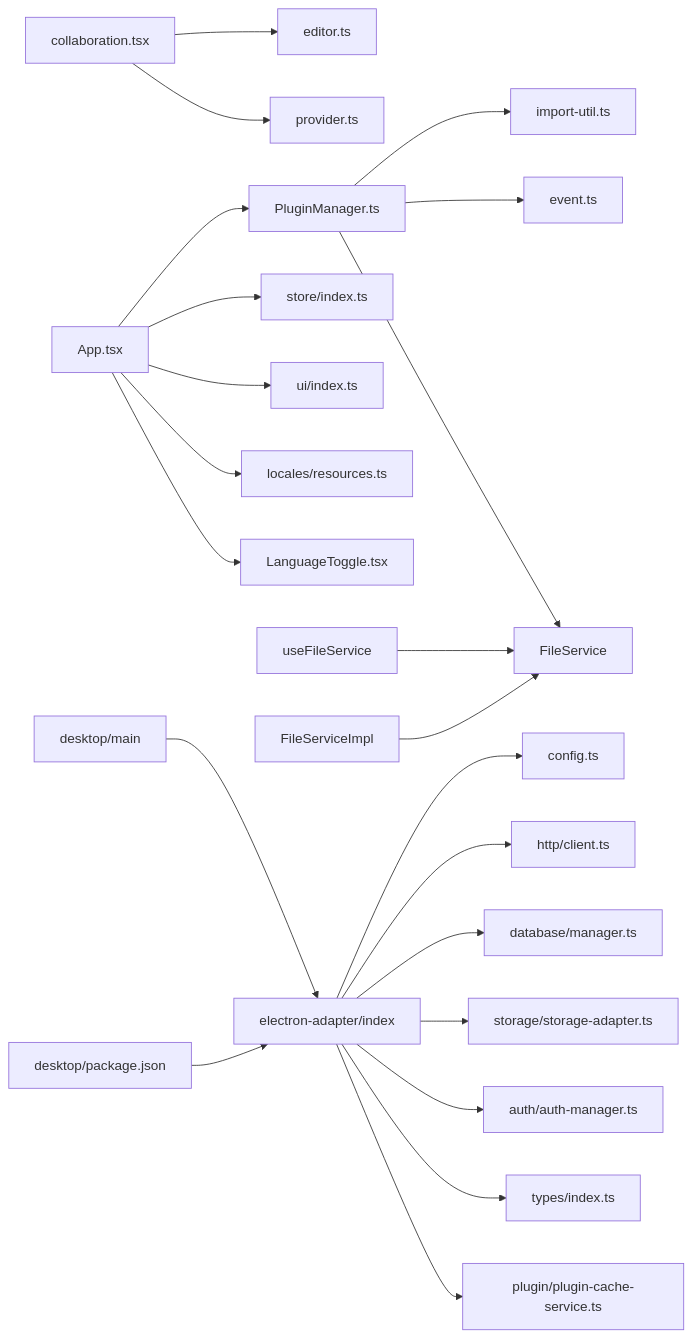
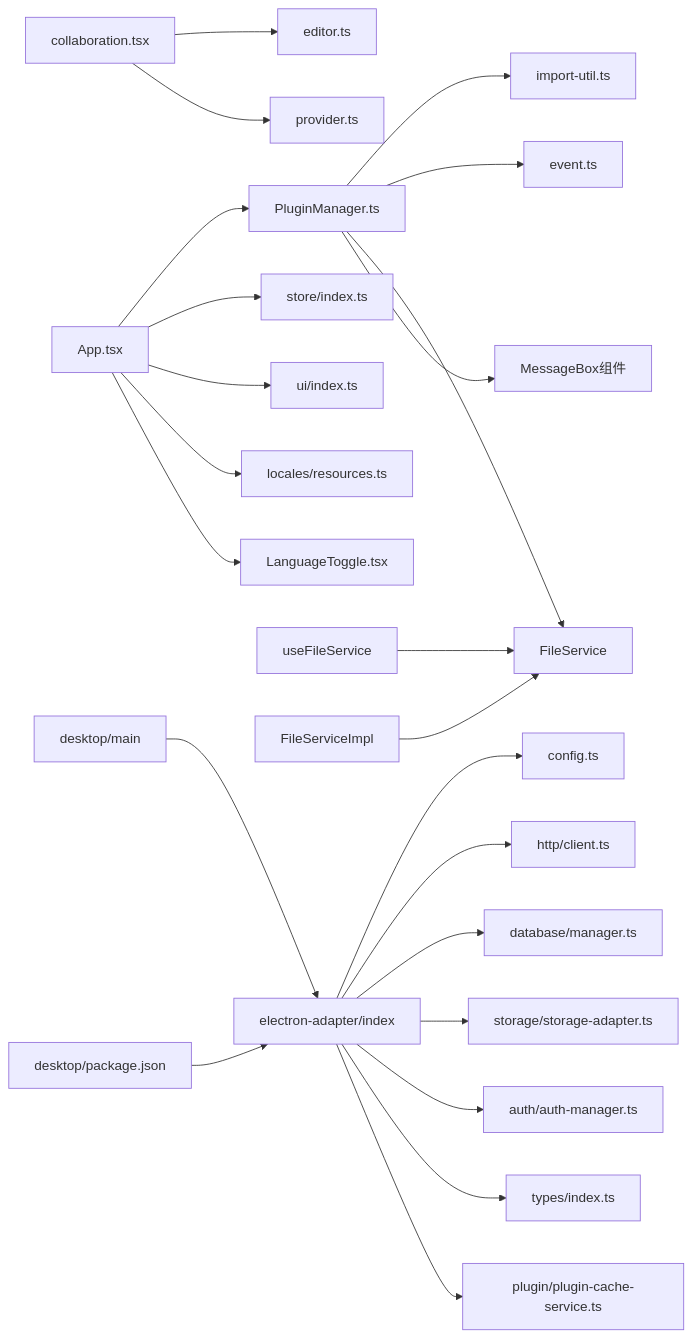
Before and after one commit to LRF0422/Kotion: diagram 16 of 16 in .qoder/repowiki/zh/content/核心模块/核心模块.md, drawn with Mermaid. The commit also changed other lines of this file and 19 other files, not shown here.

````diff
--- a/.qoder/repowiki/zh/content/核心模块/核心模块.md
+++ b/.qoder/repowiki/zh/content/核心模块/核心模块.md
@@ -863,24 +954,25 @@
 ```mermaid
 graph LR
 APP["App.tsx"] --> PM["PluginManager.ts"]
 APP --> GS["store/index.ts"]
 PM --> IMP["import-util.ts"]
 PM --> EVT["event.ts"]
 PM --> FS["FileService"]
+PM --> MB["MessageBox组件"]
 COL["collaboration.tsx"] --> ETYPE["editor.ts"]
 COL --> PRV["provider.ts"]
 APP --> UI["ui/index.ts"]
 APP --> RES["locales/resources.ts"]
 APP --> LT["LanguageToggle.tsx"]
 UFS["useFileService"] --> FS
 FSI["FileServiceImpl"] --> FS
 EIDX["electron-adapter/index"] --> ECFG["config.ts"]
 EIDX --> EHTTP["http/client.ts"]
 EIDX --> EDB["database/manager.ts"]
 EIDX --> ESTORE["storage/storage-adapter.ts"]
 EIDX --> EAUTH["auth/auth-manager.ts"]
 EIDX --> ETYPES["types/index.ts"]
 EIDX --> EPLUGIN["plugin/plugin-cache-service.ts"]
 DMN["desktop/main"] --> EIDX
 DPKG["desktop/package.json"] --> EIDX
 ```
````
